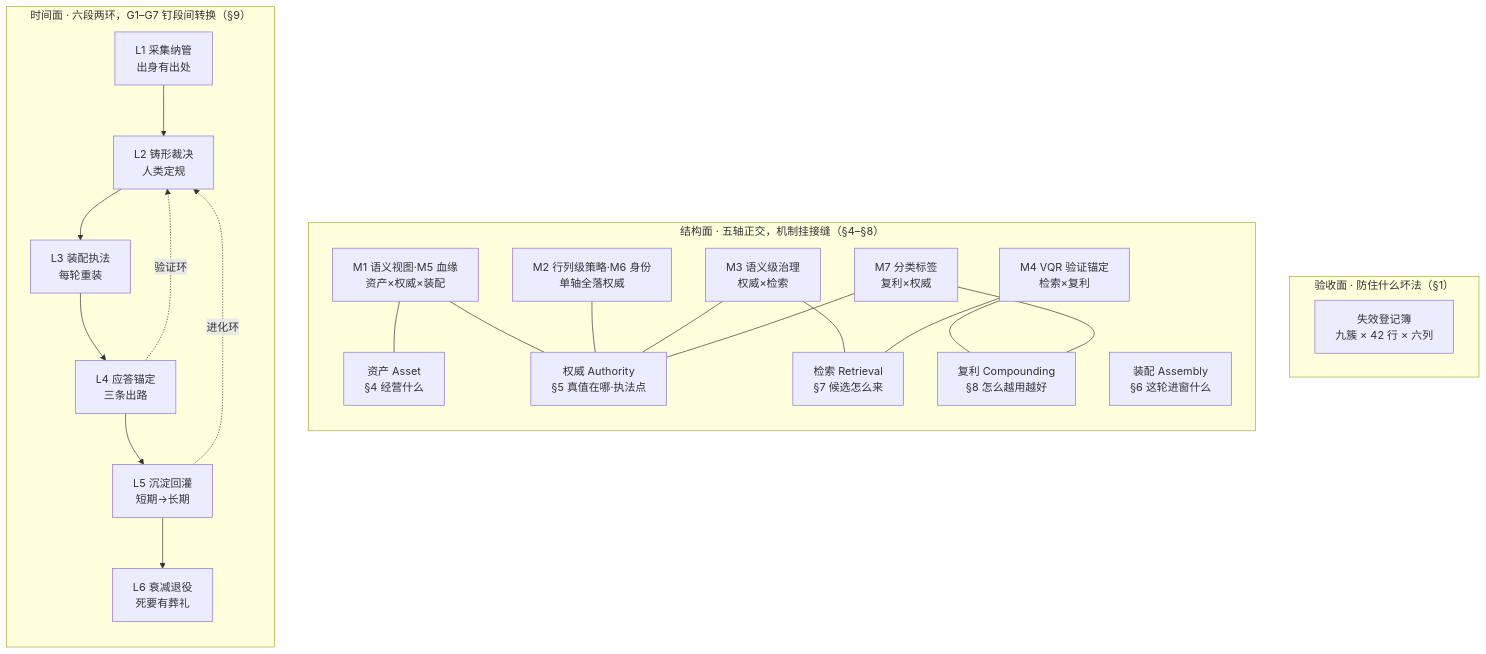
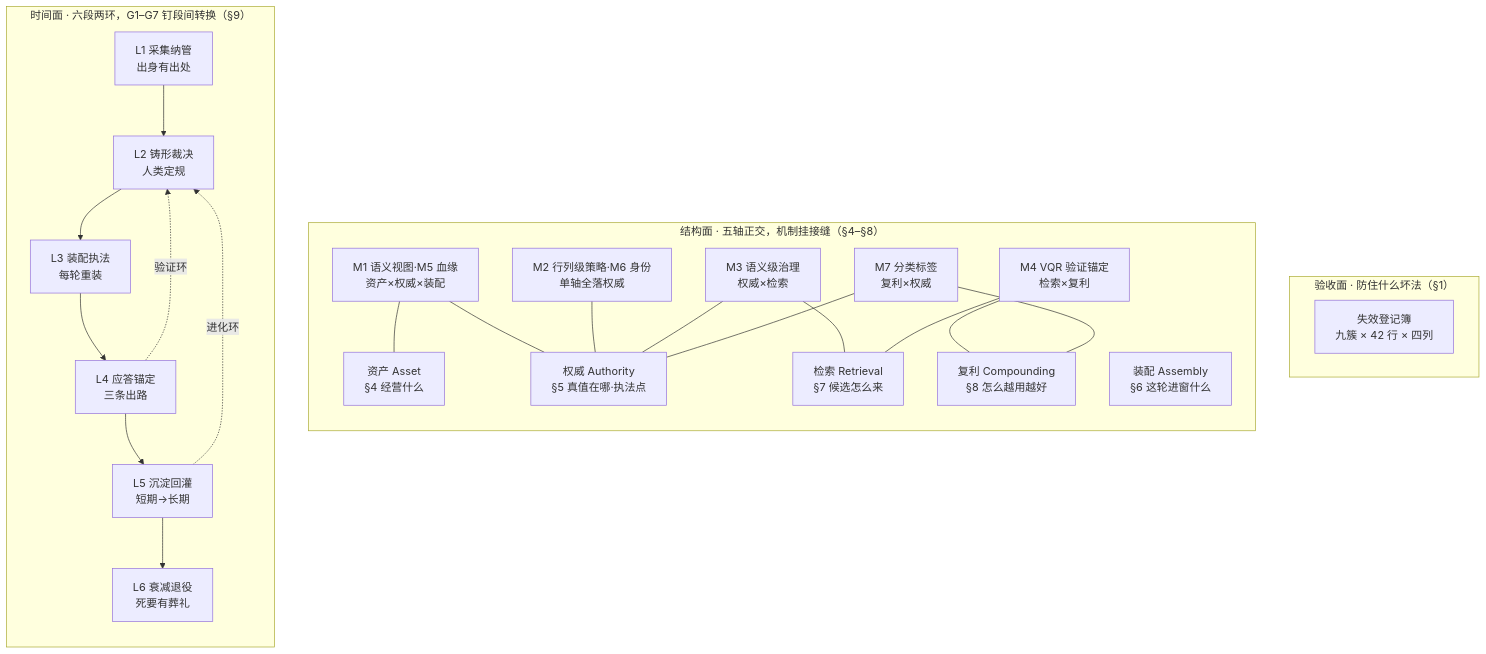
One commit to ThreeFish-AI/negentropy changed the diagram in docs/assets/mermaid/cognitive-context/context-layer-blueprint--architecture.mmd. Above: the diagram before and after it, drawn with Mermaid. The commit also changed 18 other files, not shown here.

First line of the commit message:
docs(context-layer): 重绘 failure-map 与 architecture 图——去证据徽/接线态词汇，与 013 现行正文对齐;

```diff
--- a/docs/assets/mermaid/cognitive-context/context-layer-blueprint--architecture.mmd
+++ b/docs/assets/mermaid/cognitive-context/context-layer-blueprint--architecture.mmd
@@ -1,42 +1,42 @@
 %%source: docs/research/cognitive-context/013-context-layer-blueprint.md §3 总纲：三面蓝图（§3.1 三面各自承重 / §3.3 机制＝接缝 / §3.4 六段两环）
 %%slug: cognitive-context/context-layer-blueprint--architecture
 %%type: architecture
 %%derived: archify architecture v3, redesigned from v2（三轴顺序链 → 三面独立承重：验收面登记簿九簇 × 结构面五轴+M1–M7 接缝挂件 × 时间面 L1–L6 六段+验证环/进化环两回边；v2 见 git 史）
 flowchart TB
     subgraph FACE1["验收面 · 防住什么坏法（§1）"]
-        REG["失效登记簿<br/>九簇 × 42 行 × 六列"]
+        REG["失效登记簿<br/>九簇 × 42 行 × 四列"]
     end
     subgraph FACE2["结构面 · 五轴正交，机制挂接缝（§4–§8）"]
         direction TB
         A1["资产 Asset<br/>§4 经营什么"]
         A2["权威 Authority<br/>§5 真值在哪·执法点"]
         A3["装配 Assembly<br/>§6 这轮进窗什么"]
         A4["检索 Retrieval<br/>§7 候选怎么来"]
         A5["复利 Compounding<br/>§8 怎么越用越好"]
         M15["M1 语义视图·M5 血缘<br/>资产×权威×装配"]
         M26["M2 行列级策略·M6 身份<br/>单轴全落权威"]
         M3["M3 语义级治理<br/>权威×检索"]
         M4["M4 VQR 验证锚定<br/>检索×复利"]
         M7["M7 分类标签<br/>复利×权威"]
         M15 --- A1
         M15 --- A2
         M26 --- A2
         M3 --- A2
         M3 --- A4
         M4 --- A4
         M4 --- A5
         M7 --- A5
         M7 --- A2
     end
     subgraph FACE3["时间面 · 六段两环，G1–G7 钉段间转换（§9）"]
         direction TB
         L1["L1 采集纳管<br/>出身有出处"]
         L2["L2 铸形裁决<br/>人类定规"]
         L3["L3 装配执法<br/>每轮重装"]
         L4["L4 应答锚定<br/>三条出路"]
         L5["L5 沉淀回灌<br/>短期→长期"]
         L6["L6 衰减退役<br/>死要有葬礼"]
         L1 --> L2 --> L3 --> L4 --> L5 --> L6
         L4 -.->|"验证环"| L2
         L5 -.->|"进化环"| L2
     end
```
